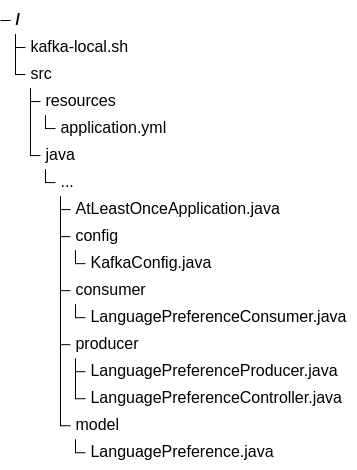
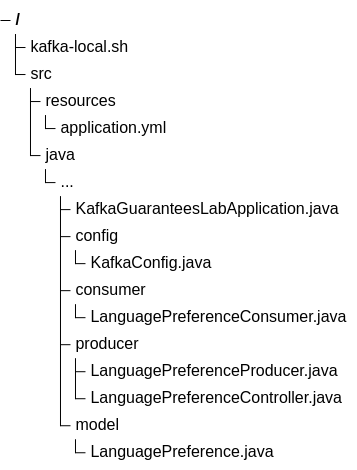
The fourth of 4 diagrams in README.md (bhanafee/KafkaGuaranteesLab), drawn with Mermaid (forest theme) before and after one commit.

Commit message:
Fix remaining AtLeastOnce reference in layout diagram

````diff
--- a/README.md
+++ b/README.md
@@ -234,19 +234,19 @@
 ```mermaid
 treeView-beta
     "kafka-local.sh"
     "src"
         "resources"
             "application.yml"
         "java"
             "..."
-                "AtLeastOnceApplication.java"
+                "KafkaGuaranteesLabApplication.java"
                 "config"
                     "KafkaConfig.java"
                 "consumer"
                     "LanguagePreferenceConsumer.java"
                 "producer"
                     "LanguagePreferenceProducer.java"
                     "LanguagePreferenceController.java"
                 "model"
                     "LanguagePreference.java"
 ```
````
